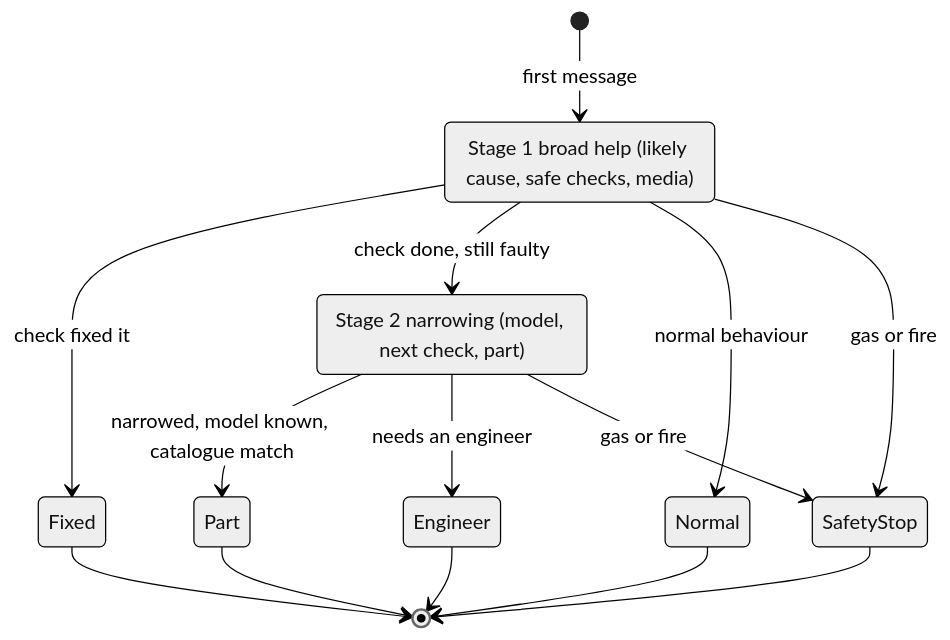
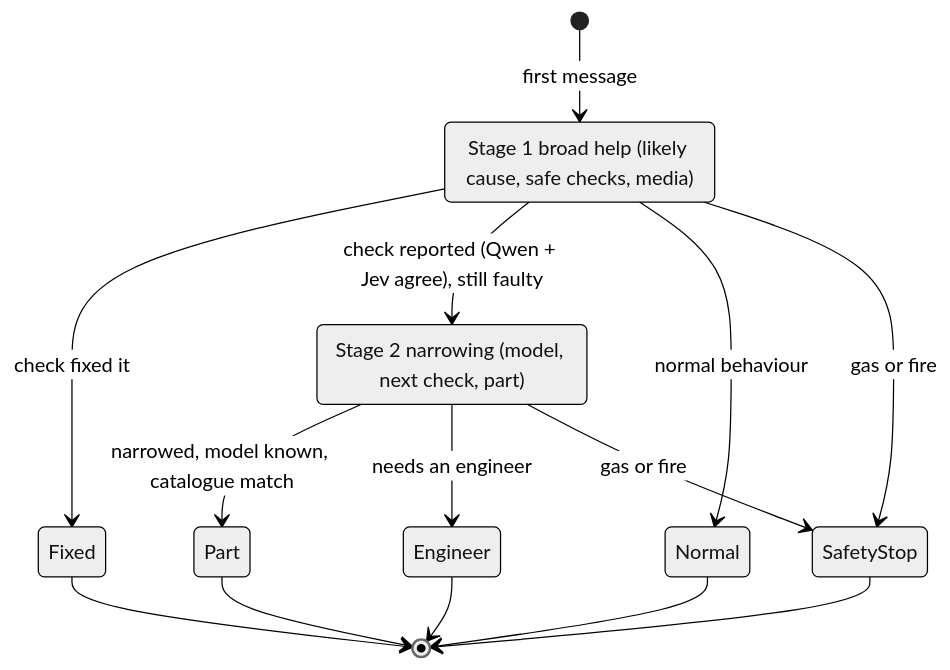
The fourth of 5 diagrams in docs/architecture/overview.md (timdodgson/appliance-clinic), drawn with Mermaid (neutral theme) before and after one commit. The commit also changed other lines of this file and 16 other files, not shown here.

````diff
--- a/docs/architecture/overview.md
+++ b/docs/architecture/overview.md
@@ -147,18 +151,18 @@
 ```mermaid
 stateDiagram-v2
   [*] --> Stage1 : first message
   Stage1 : Stage 1 broad help (likely cause, safe checks, media)
   Stage2 : Stage 2 narrowing (model, next check, part)
   Stage1 --> Fixed : check fixed it
-  Stage1 --> Stage2 : check done, still faulty
+  Stage1 --> Stage2 : check reported (Qwen + Jev agree), still faulty
   Stage1 --> Normal : normal behaviour
   Stage2 --> Part : narrowed, model known, catalogue match
   Stage2 --> Engineer : needs an engineer
   Stage1 --> SafetyStop : gas or fire
   Stage2 --> SafetyStop : gas or fire
   Fixed --> [*]
   Part --> [*]
   Engineer --> [*]
   Normal --> [*]
   SafetyStop --> [*]
 ```
````
